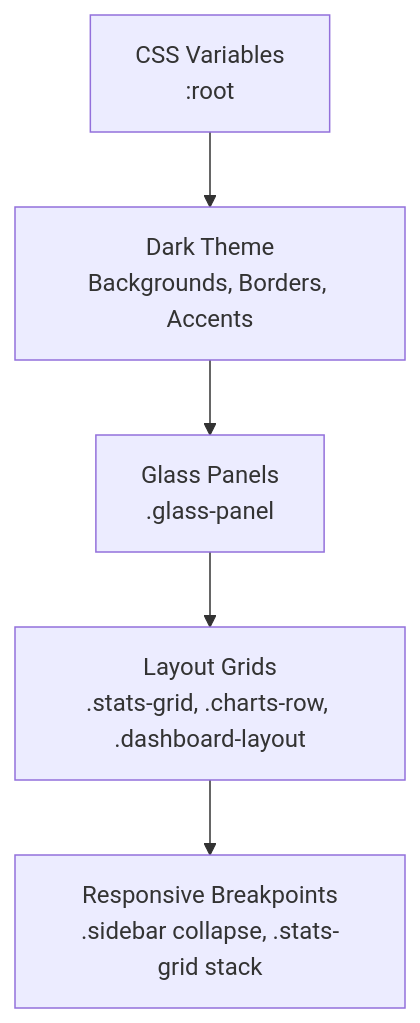
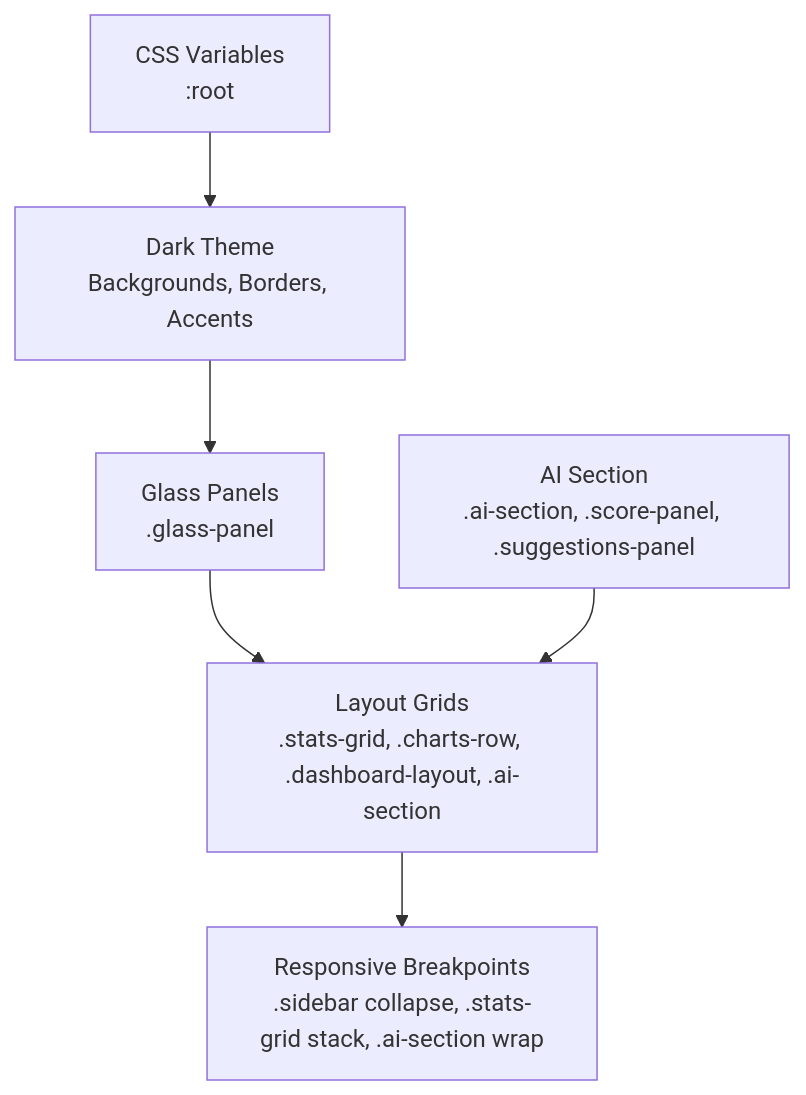
Before and after one commit to MohandWaleed3/PentexOne: the third of 11 diagrams in .qoder/repowiki/en/content/Frontend Dashboard.md, drawn with Mermaid. The commit also changed other lines of this file and 16 other files, not shown here.

````diff
--- a/.qoder/repowiki/en/content/Frontend Dashboard.md
+++ b/.qoder/repowiki/en/content/Frontend Dashboard.md
@@ -126,7 +154,8 @@
 ```mermaid
 flowchart TD
 Root["CSS Variables<br/>:root"] --> Theme["Dark Theme<br/>Backgrounds, Borders, Accents"]
 Theme --> Panels["Glass Panels<br/>.glass-panel"]
-Panels --> Layout["Layout Grids<br/>.stats-grid, .charts-row, .dashboard-layout"]
-Layout --> Responsive["Responsive Breakpoints<br/>.sidebar collapse, .stats-grid stack"]
+Panels --> Layout["Layout Grids<br/>.stats-grid, .charts-row, .dashboard-layout, .ai-section"]
+Layout --> Responsive["Responsive Breakpoints<br/>.sidebar collapse, .stats-grid stack, .ai-section wrap"]
+AI["AI Section<br/>.ai-section, .score-panel, .suggestions-panel"] --> Layout
 ```
````
